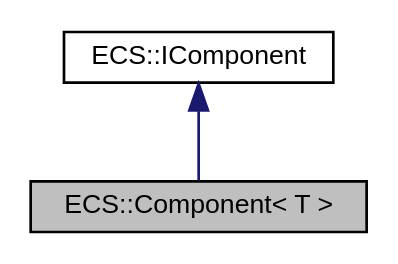
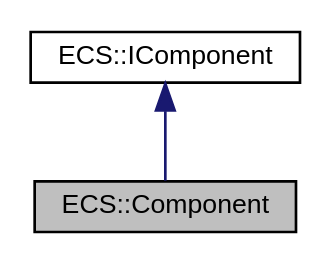
Before and after one commit to TerryMazzoni/RTypeMirror: the diagram in classECS_1_1Component__coll__graph.dot, drawn with Graphviz. The commit also changed 140 other files, not shown here.

```diff
--- a/classECS_1_1Component__coll__graph.dot
+++ b/classECS_1_1Component__coll__graph.dot
@@ -1,9 +1,9 @@
-digraph "ECS::Component&lt; T &gt;"
+digraph "ECS::Component"
 {
  // LATEX_PDF_SIZE
   edge [fontname="Helvetica",fontsize="10",labelfontname="Helvetica",labelfontsize="10"];
   node [fontname="Helvetica",fontsize="10",shape=record];
-  Node1 [label="ECS::Component\< T \>",height=0.2,width=0.4,color="black", fillcolor="grey75", style="filled", fontcolor="black",tooltip=" "];
+  Node1 [label="ECS::Component",height=0.2,width=0.4,color="black", fillcolor="grey75", style="filled", fontcolor="black",tooltip=" "];
   Node2 -> Node1 [dir="back",color="midnightblue",fontsize="10",style="solid",fontname="Helvetica"];
   Node2 [label="ECS::IComponent",height=0.2,width=0.4,color="black", fillcolor="white", style="filled",URL="$classECS_1_1IComponent.html",tooltip=" "];
 }
```
